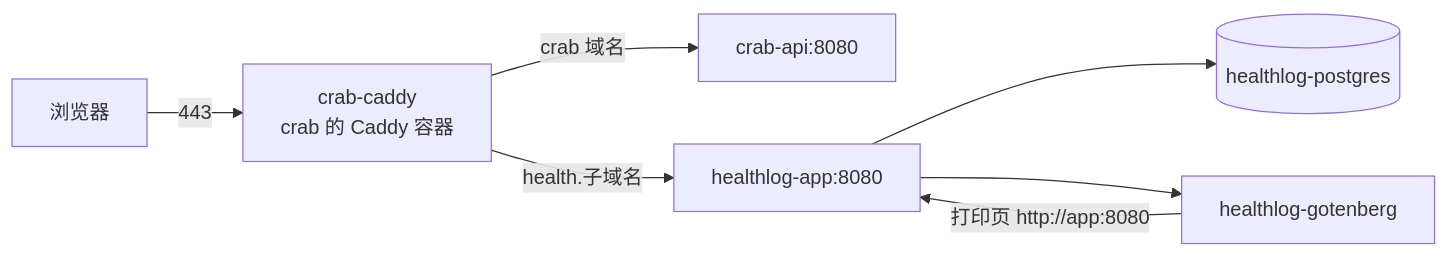
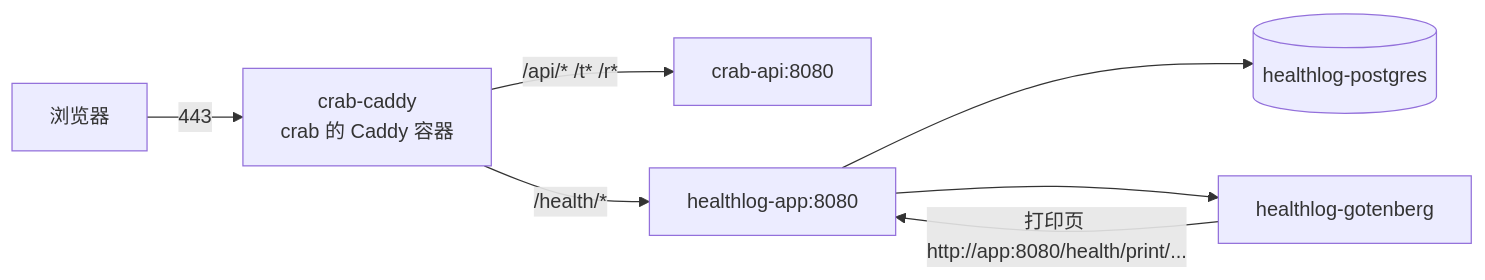
The diagram in deploy/DEPLOY.md (RexingRui/famliy-health), drawn with Mermaid before and after one commit. The commit also changed other lines of this file and 28 other files, not shown here.

First line of the commit message:
Serve under /health on crab's domain instead of a subdomain

````diff
--- a/deploy/DEPLOY.md
+++ b/deploy/DEPLOY.md
@@ -8,9 +9,9 @@
 ```mermaid
 flowchart LR
     U[浏览器] -->|443| CC[crab-caddy<br/>crab 的 Caddy 容器]
-    CC -->|crab 域名| CA[crab-api:8080]
-    CC -->|health.子域名| HA[healthlog-app:8080]
+    CC -->|/api/* /t* /r*| CA[crab-api:8080]
+    CC -->|/health/*| HA[healthlog-app:8080]
     HA --> PG[(healthlog-postgres)]
     HA --> GB[healthlog-gotenberg]
-    GB -->|打印页 http://app:8080| HA
+    GB -->|打印页 http://app:8080/health/print/...| HA
 ```
````
